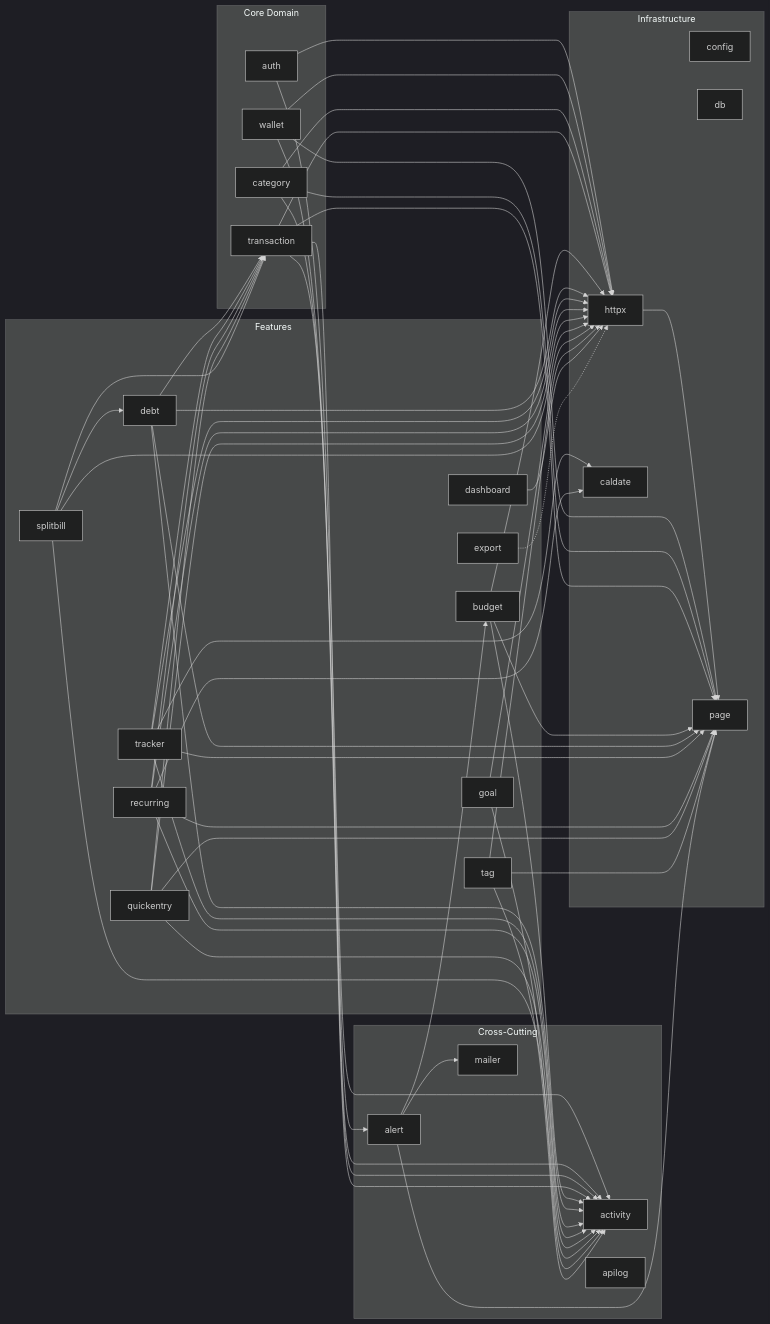
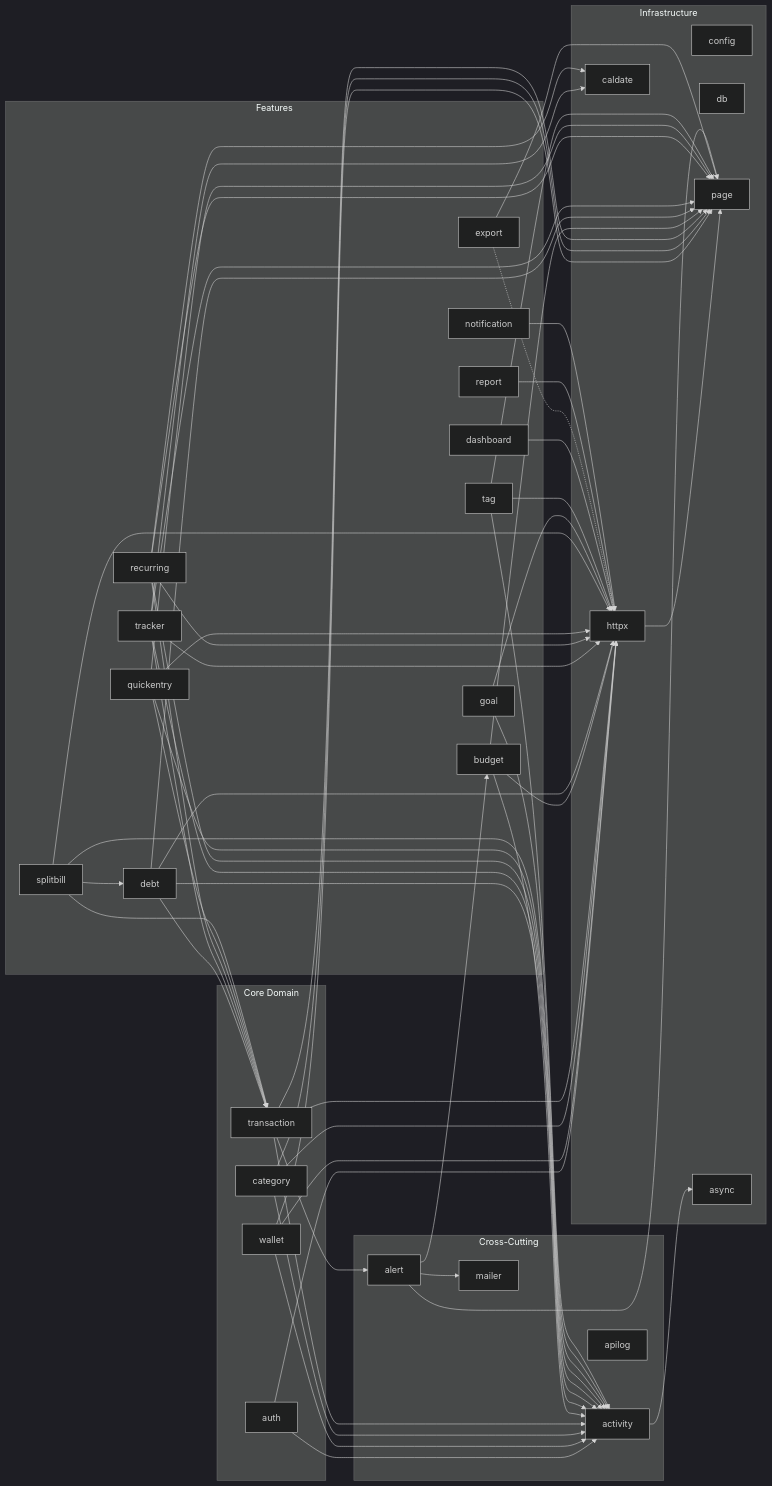
The second of 4 diagrams in docs/system_map.md (adty404/Affluena-API), drawn with Mermaid (dark theme) before and after one commit. The commit also changed other lines of this file, not shown here.

```diff
--- a/docs/system_map.md
+++ b/docs/system_map.md
@@ -138,6 +141,7 @@
         page
         httpx
         caldate
+        async
     end
 
     subgraph Core["Core Domain"]
@@ -158,6 +162,8 @@
         tag
         dashboard
         export
+        report
+        notification
     end
 
     subgraph Cross["Cross-Cutting"]
@@ -216,9 +222,13 @@
     tag --> activity
     dashboard --> httpx
     export -.-> httpx
+    export --> page
+    report --> httpx
+    notification --> httpx
 
     %% Cross-cutting deps
     transaction --> alert
+    activity --> async
     alert --> budget
     alert --> mailer
     alert --> page
```
